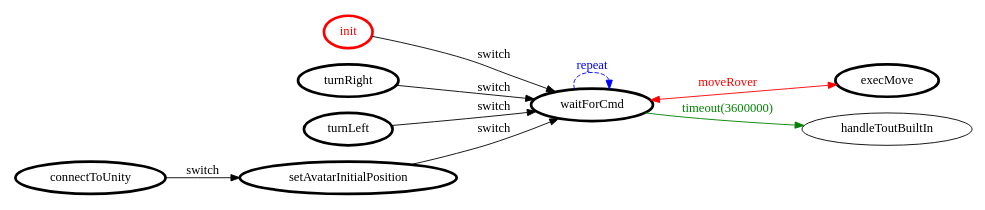
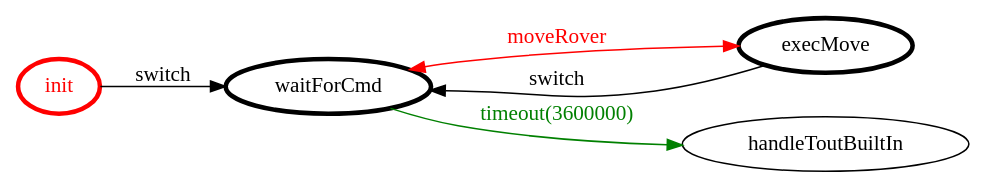
One commit to MatteoMendula/iss2018Lab changed the diagram in it.unibo.mbot/bin/it/unibo/rover/rover.gv. Above: the diagram before and after it, drawn with Graphviz. The commit also changed 115 other files, not shown here.

```diff
--- a/it.unibo.mbot/bin/it/unibo/rover/rover.gv
+++ b/it.unibo.mbot/bin/it/unibo/rover/rover.gv
@@ -1,28 +1,20 @@
 /*
 *
 * A GraphViz DOT FSM description 
 * Please use a GraphViz visualizer (like http://www.webgraphviz.com)
 *  
 */
 
 digraph finite_state_machine {
 	rankdir=LR
 	size="8,5"
 	
 	init [ color = red ][ fontcolor = red ][ penwidth = 3 ]
 	execMove [ color = black ][ fontcolor = black ][ penwidth = 3 ]
 	waitForCmd [ color = black ][ fontcolor = black ][ penwidth = 3 ]
-	turnRight [ color = black ][ fontcolor = black ][ penwidth = 3 ]
-	turnLeft [ color = black ][ fontcolor = black ][ penwidth = 3 ]
-	setAvatarInitialPosition [ color = black ][ fontcolor = black ][ penwidth = 3 ]
-	connectToUnity [ color = black ][ fontcolor = black ][ penwidth = 3 ]
 	
-	turnLeft -> waitForCmd [ label = "switch" ][ color = black ][ fontcolor = black ]
 	waitForCmd -> execMove [ label = "moveRover" ][ color = red ][ fontcolor = red ][ dir = both ]
 	waitForCmd -> handleToutBuiltIn [ label = "timeout(3600000)" ][ color = green ][ fontcolor = green ]
-	setAvatarInitialPosition -> waitForCmd [ label = "switch" ][ color = black ][ fontcolor = black ]
-	turnRight -> waitForCmd [ label = "switch" ][ color = black ][ fontcolor = black ]
-	connectToUnity -> setAvatarInitialPosition [ label = "switch" ][ color = black ][ fontcolor = black ]
+	execMove -> waitForCmd [ label = "switch" ][ color = black ][ fontcolor = black ]
 	init -> waitForCmd [ label = "switch" ][ color = black ][ fontcolor = black ]
-	waitForCmd -> waitForCmd [ label = "repeat "][ style = dashed ][ color = blue ][ fontcolor = blue ]
 }
```
